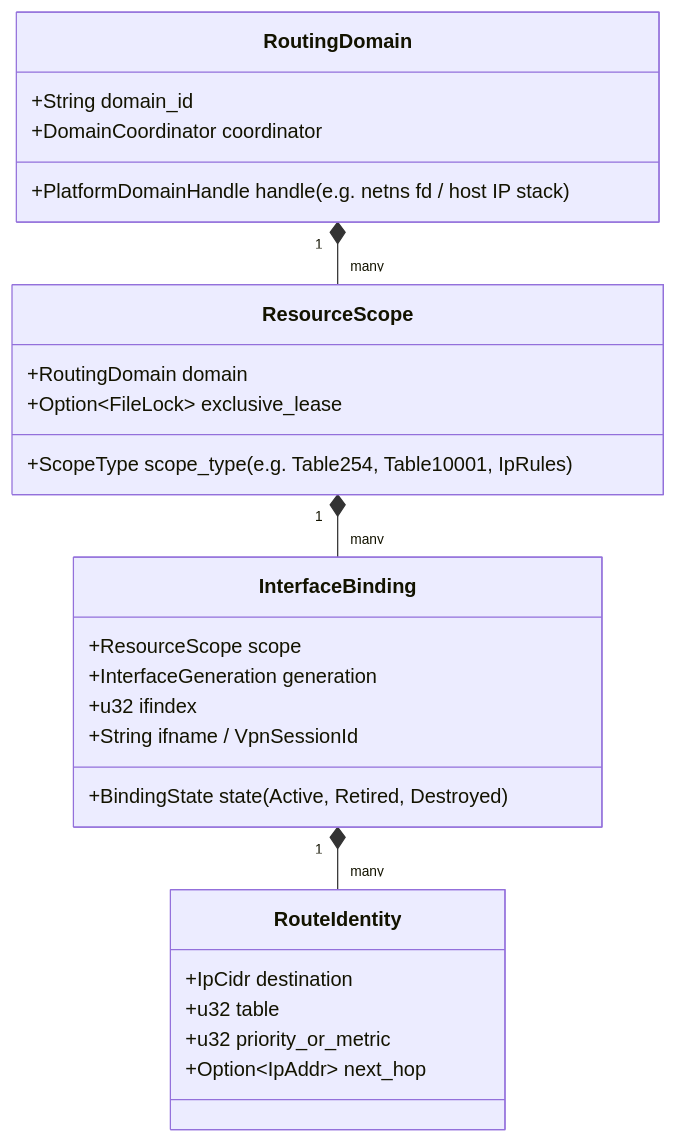
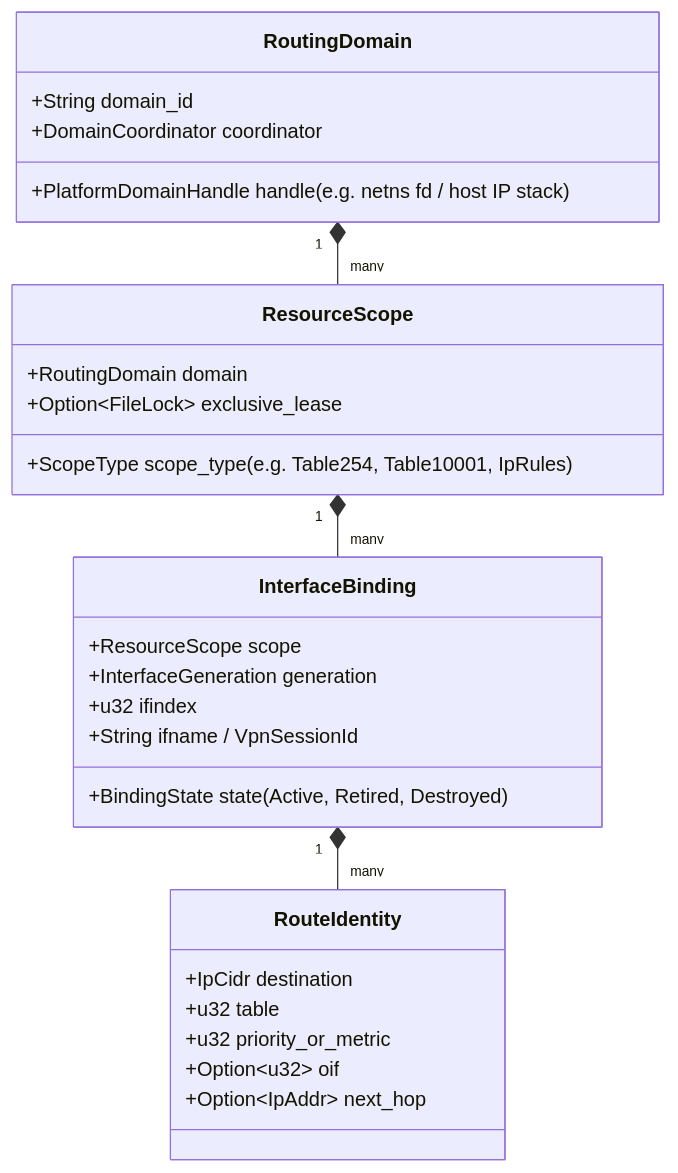
One commit to ZnqbuZ/EasyTier changed the second of 4 diagrams in docs/host-route-manager-step1-audit-and-contract.md. Above: the diagram before and after it, drawn with Mermaid. The commit also changed other lines of this file and 1 other file, not shown here.

````diff
--- a/docs/host-route-manager-step1-audit-and-contract.md
+++ b/docs/host-route-manager-step1-audit-and-contract.md
@@ -164,29 +167,30 @@
 ```mermaid
 classDiagram
     class RoutingDomain {
         +String domain_id
         +PlatformDomainHandle handle (e.g. netns fd / host IP stack)
         +DomainCoordinator coordinator
     }
     class ResourceScope {
         +RoutingDomain domain
         +ScopeType scope_type (e.g. Table254, Table10001, IpRules)
         +Option~FileLock~ exclusive_lease
     }
     class InterfaceBinding {
         +ResourceScope scope
         +InterfaceGeneration generation
         +u32 ifindex
         +String ifname / VpnSessionId
         +BindingState state (Active, Retired, Destroyed)
     }
     class RouteIdentity {
         +IpCidr destination
         +u32 table
         +u32 priority_or_metric
+        +Option~u32~ oif
         +Option~IpAddr~ next_hop
     }
     RoutingDomain "1" *-- "many" ResourceScope
     ResourceScope "1" *-- "many" InterfaceBinding
     InterfaceBinding "1" *-- "many" RouteIdentity
 ```
````
